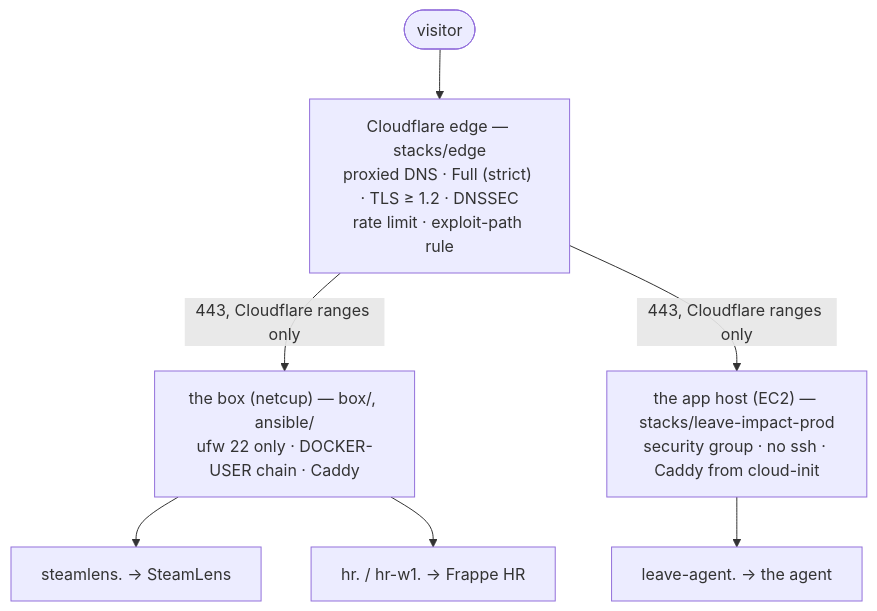
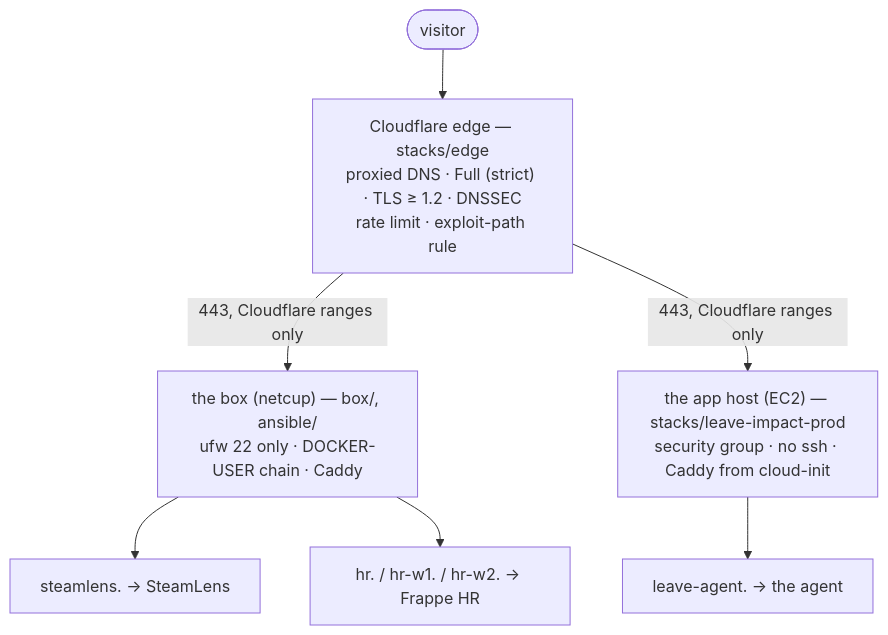
The diagram in README.md (arda-basarici/platform), drawn with Mermaid before and after one commit. The commit also changed other lines of this file and 7 other files, not shown here.

````diff
--- a/README.md
+++ b/README.md
@@ -69,14 +69,14 @@
 ```mermaid
 %%{init: {"flowchart": {"diagramPadding": 150}}}%%
 flowchart TD
     V([visitor]) --> CF["`Cloudflare edge — stacks/edge
     proxied DNS · Full (strict) · TLS ≥ 1.2 · DNSSEC
     rate limit · exploit-path rule`"]
     CF -->|"443, Cloudflare ranges only"| BOX["`the box (netcup) — box/, ansible/
     ufw 22 only · DOCKER-USER chain · Caddy`"]
     CF -->|"443, Cloudflare ranges only"| AWS["`the app host (EC2) — stacks/leave-impact-prod
     security group · no ssh · Caddy from cloud-init`"]
     BOX --> SL["steamlens. → SteamLens"]
-    BOX --> HR["hr. / hr-w1. → Frappe HR"]
+    BOX --> HR["hr. / hr-w1. / hr-w2. → Frappe HR"]
     AWS --> LA["leave-agent. → the agent"]
 ```
````
